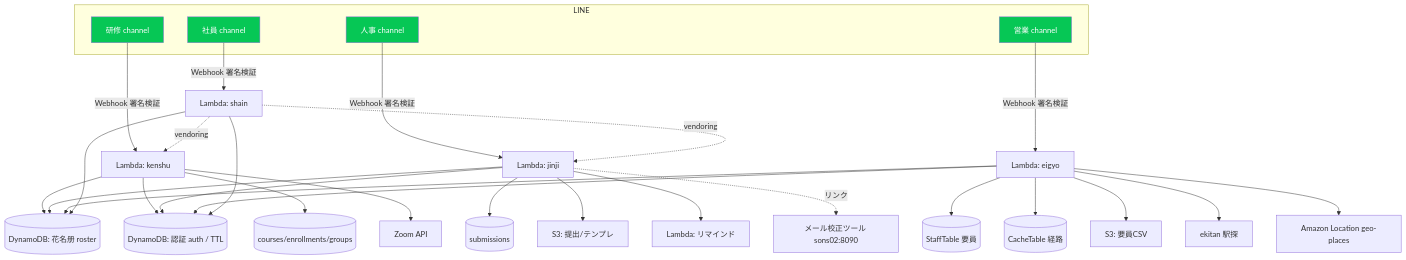
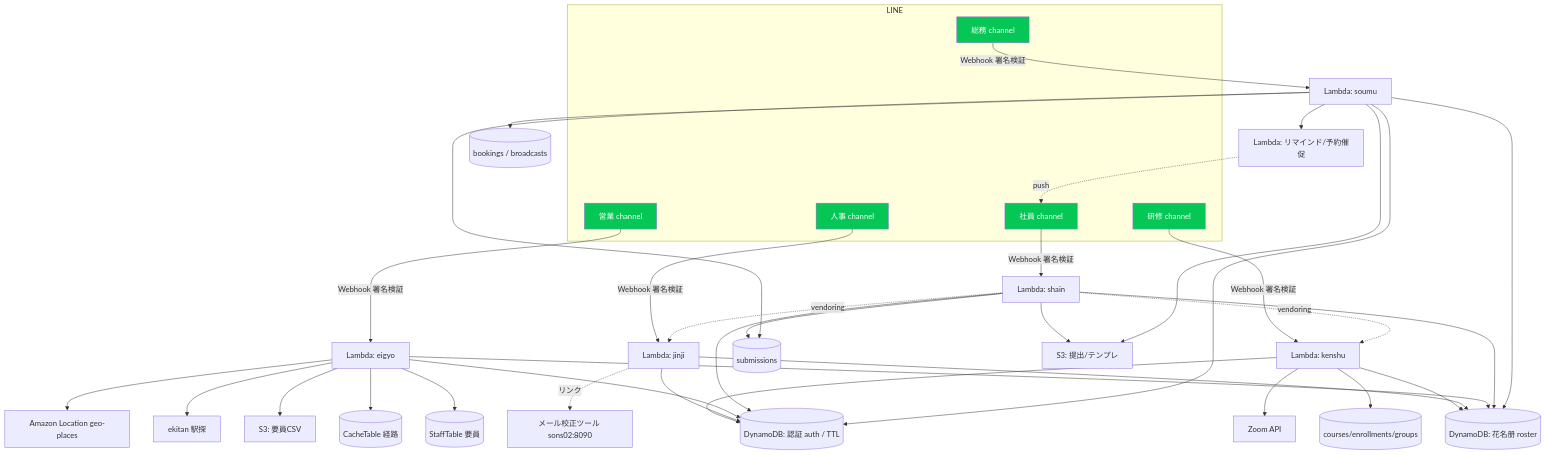
One commit to scgpp12/BrightStar_Line_Sytem changed the diagram in docs/10_システム概要.md. Above: the diagram before and after it, drawn with Mermaid. The commit also changed other lines of this file and 2 other files, not shown here.

````diff
--- a/docs/10_システム概要.md
+++ b/docs/10_システム概要.md
@@ -31,34 +35,40 @@
 ```mermaid
 flowchart TB
   subgraph LINE
     K[研修 channel]:::ch
     J[人事 channel]:::ch
+    SO[総務 channel]:::ch
     E[営業 channel]:::ch
     S[社員 channel]:::ch
   end
 
   K -->|Webhook 署名検証| KF[Lambda: kenshu]
   J -->|Webhook 署名検証| JF[Lambda: jinji]
   E -->|Webhook 署名検証| EF[Lambda: eigyo]
   S -->|Webhook 署名検証| SF[Lambda: shain]
+  SO -->|Webhook 署名検証| SOF[Lambda: soumu]
 
   SF -.vendoring.-> KF
   SF -.vendoring.-> JF
 
-  KF & JF & EF & SF --> ROSTER[(DynamoDB: 花名册 roster)]
-  KF & JF & EF & SF --> AUTH[(DynamoDB: 認証 auth / TTL)]
+  KF & JF & EF & SF & SOF --> ROSTER[(DynamoDB: 花名册 roster)]
+  KF & JF & EF & SF & SOF --> AUTH[(DynamoDB: 認証 auth / TTL)]
 
   KF --> COURSE[(courses/enrollments/groups)]
   KF --> ZOOM[Zoom API]
-  JF --> SUB[(submissions)]
-  JF --> S3J[S3: 提出/テンプレ]
-  JF --> REM[Lambda: リマインド]
+  SF --> SUB[(submissions)]
+  SF --> S3J[S3: 提出/テンプレ]
+  SOF --> SUB
+  SOF --> S3J
+  SOF --> BC[(bookings / broadcasts)]
+  SOF --> REM[Lambda: リマインド/予約催促]
+  REM -.push.-> S
   JF -.リンク.-> PROOF[メール校正ツール sons02:8090]
   EF --> STAFF[(StaffTable 要員)]
   EF --> CACHE[(CacheTable 経路)]
   EF --> S3E[S3: 要員CSV]
   EF --> EKITAN[ekitan 駅探]
   EF --> GEO[Amazon Location geo-places]
 
   classDef ch fill:#06C755,color:#fff;
 ```
````
